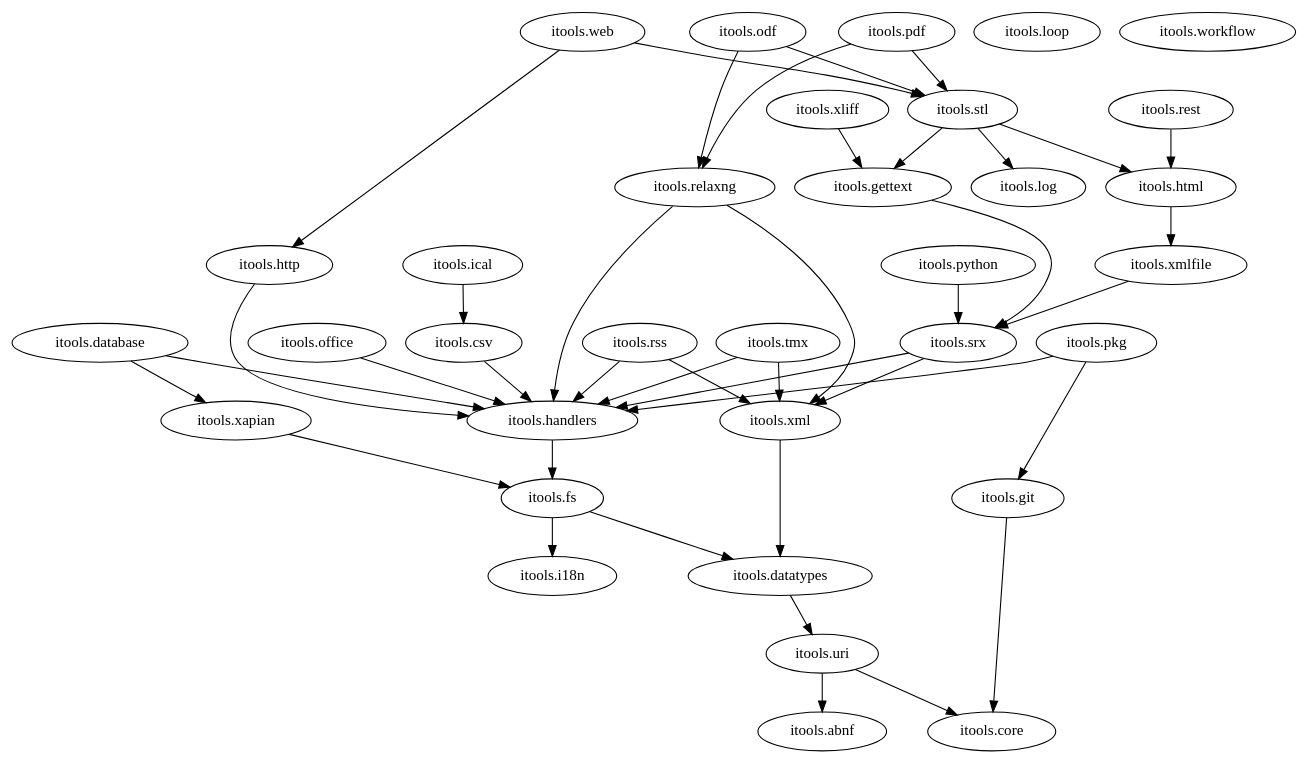
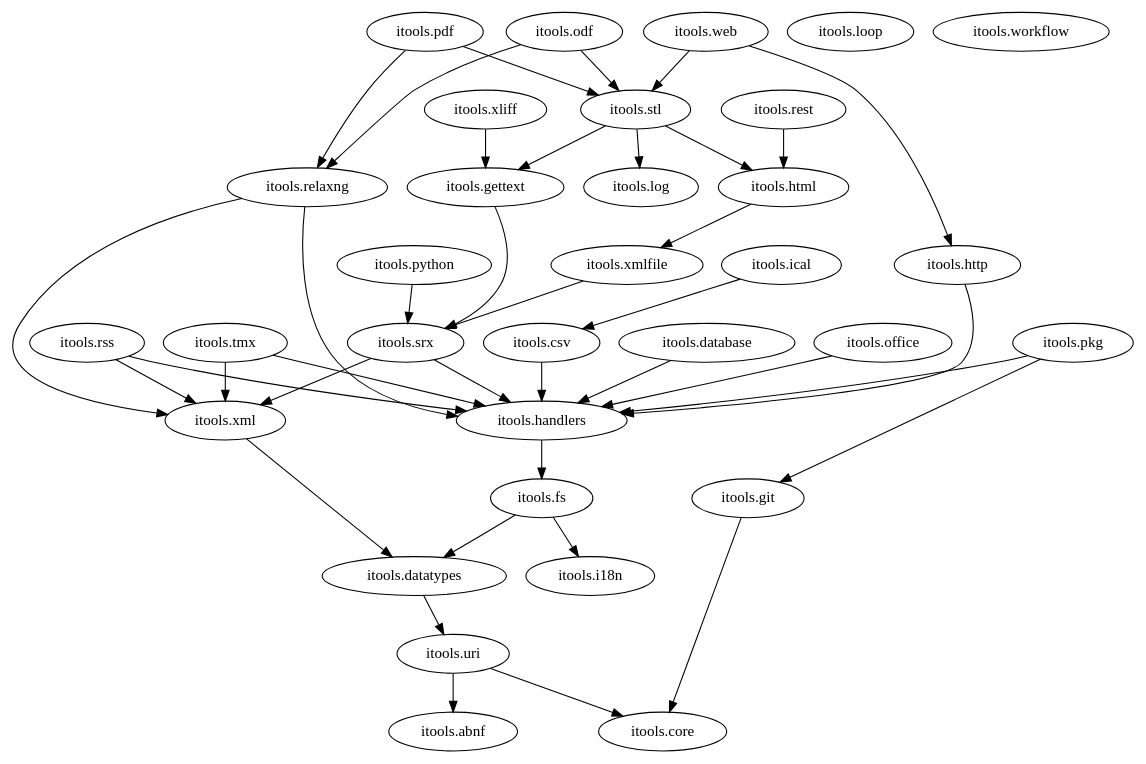
One commit to nkhine/iTools-Documentation changed the diagram in itools/figures-src/packages.dot. Above: the diagram before and after it, drawn with Graphviz.

Commit message:
itools: update packages graph

```diff
--- a/itools/figures-src/packages.dot
+++ b/itools/figures-src/packages.dot
@@ -1,150 +1,146 @@
 digraph G {
   "itools.abnf";
 
   "itools.core";
 
 #  "itools.csv" -> "itools.core";
 #  "itools.csv" -> "itools.datatypes";
   "itools.csv" -> "itools.handlers";
 
 #  "itools.database" -> "itools.core";
 #  "itools.database" -> "itools.datatypes";
 #  "itools.database" -> "itools.fs";
   "itools.database" -> "itools.handlers";
+#  "itools.xapian" -> "itools.i18n";
 #  "itools.database" -> "itools.uri";
-  "itools.database" -> "itools.xapian";
 
 #  "itools.datatypes" -> "itools.core";
   "itools.datatypes" -> "itools.uri";
 
 #  "itools.fs" -> "itools.core";
   "itools.fs" -> "itools.datatypes";
   "itools.fs" -> "itools.i18n";
 #  "itools.fs" -> "itools.uri";
 
 #  "itools.gettext" -> "itools.core";
 #  "itools.gettext" -> "itools.handlers";
   "itools.gettext" -> "itools.srx";
 
   "itools.git" -> "itools.core";
 
 #  "itools.handlers" -> "itools.core";
 #  "itools.handlers" -> "itools.datatypes";
   "itools.handlers" -> "itools.fs";
 
 #  "itools.html" -> "itools.core";
 #  "itools.html" -> "itools.datatypes";
 #  "itools.html" -> "itools.handlers";
 #  "itools.html" -> "itools.xml";
   "itools.html" -> "itools.xmlfile";
 
 #  "itools.http" -> "itools.datatypes";
   "itools.http" -> "itools.handlers";
 
   "itools.i18n";
 
 #  "itools.ical" -> "itools.core";
   "itools.ical" -> "itools.csv";
 #  "itools.ical" -> "itools.datatypes";
 #  "itools.ical" -> "itools.handlers";
 
   "itools.log";
 
   "itools.loop";
 
 #  "itools.odf" -> "itools.core";
 #  "itools.odf" -> "itools.datatypes";
 #  "itools.odf" -> "itools.fs";
 #  "itools.odf" -> "itools.handlers";
   "itools.odf" -> "itools.relaxng";
   "itools.odf" -> "itools.stl";
 #  "itools.odf" -> "itools.xml";
 #  "itools.odf" -> "itools.xmlfile";
 
   "itools.office" -> "itools.handlers";
 
 #  "itools.pdf" -> "itools.core";
 #  "itools.pdf" -> "itools.datatypes";
 #  "itools.pdf" -> "itools.fs";
 #  "itools.pdf" -> "itools.handlers";
   "itools.pdf" -> "itools.relaxng";
   "itools.pdf" -> "itools.stl";
 #  "itools.pdf" -> "itools.uri";
 #  "itools.pdf" -> "itools.xml";
 #  "itools.pdf" -> "itools.xmlfile";
 
 #  "itools.pkg" -> "itools.core";
 #  "itools.pkg" -> "itools.datatypes";
 #  "itools.pkg" -> "itools.fs";
   "itools.pkg" -> "itools.git";
   "itools.pkg" -> "itools.handlers";
 
 #  "itools.python" -> "itools.handlers";
   "itools.python" -> "itools.srx";
 
 #  "itools.relaxng" -> "itools.core";
 #  "itools.relaxng" -> "itools.datatypes";
 #  "itools.relaxng" -> "itools.fs";
   "itools.relaxng" -> "itools.handlers";
   "itools.relaxng" -> "itools.xml";
 #  "itools.relaxng" -> "itools.uri";
 
 #  "itools.rest" -> "itools.handlers";
   "itools.rest" -> "itools.html";
 #  "itools.rest" -> "itools.xml";
 
 #  "itools.rss" -> "itools.core";
 #  "itools.rss" -> "itools.datatypes";
   "itools.rss" -> "itools.handlers";
   "itools.rss" -> "itools.xml";
 
 #  "itools.srx" -> "itools.core";
   "itools.srx" -> "itools.handlers";
   "itools.srx" -> "itools.xml";
 
 #  "itools.stl" -> "itools.core";
 #  "itools.stl" -> "itools.datatypes";
   "itools.stl" -> "itools.gettext";
   "itools.stl" -> "itools.html";
   "itools.stl" -> "itools.log";
 #  "itools.stl" -> "itools.uri";
 #  "itools.stl" -> "itools.xml";
 #  "itools.stl" -> "itools.xmlfile";
 
 #  "itools.tmx" -> "itools.core";
 #  "itools.tmx" -> "itools.datatypes";
   "itools.tmx" -> "itools.handlers";
   "itools.tmx" -> "itools.xml";
 
   "itools.uri" -> "itools.abnf";
   "itools.uri" -> "itools.core";
 
 #  "itools.web" -> "itools.core";
 #  "itools.web" -> "itools.datatypes";
 #  "itools.web" -> "itools.gettext";
   "itools.web" -> "itools.http";
 #  "itools.web" -> "itools.i18n";
 #  "itools.web" -> "itools.log";
   "itools.web" -> "itools.stl";
 #  "itools.web" -> "itools.uri";
 
   "itools.workflow";
 
-#  "itools.xapian" -> "itools.datatypes";
-  "itools.xapian" -> "itools.fs";
-#  "itools.xapian" -> "itools.i18n";
-
 #  "itools.xliff" -> "itools.core";
 #  "itools.xliff" -> "itools.datatypes";
   "itools.xliff" -> "itools.gettext";
 #  "itools.xliff" -> "itools.handlers";
 #  "itools.xliff" -> "itools.srx";
 #  "itools.xliff" -> "itools.xml";
 
   "itools.xml" -> "itools.datatypes";
 
 #  "itools.xmlfile" -> "itools.datatypes";
 #  "itools.xmlfile" -> "itools.handlers";
   "itools.xmlfile" -> "itools.srx";
 #  "itools.xmlfile" -> "itools.xml";
 }
```
